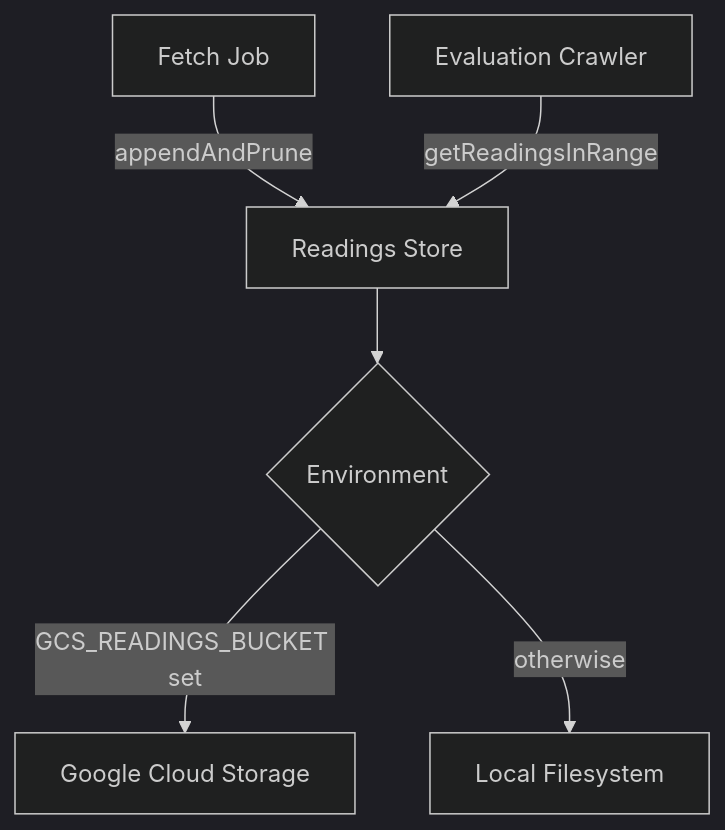
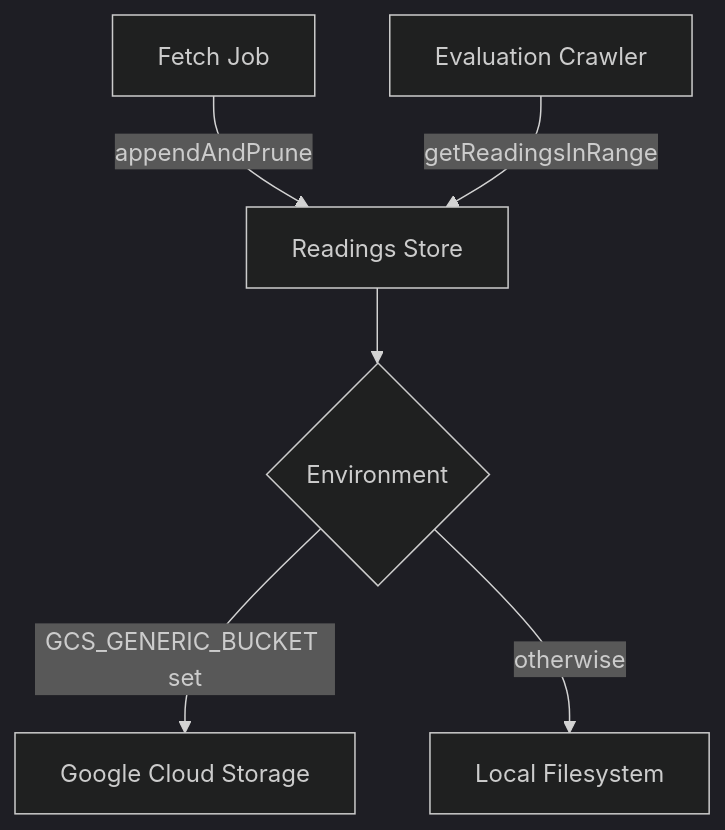
The diagram in docs/features/air-quality-storage.md (vbuch/oboapp), drawn with Mermaid (dark theme) before and after one commit. The commit also changed other lines of this file and 44 other files, not shown here.

````diff
--- a/docs/features/air-quality-storage.md
+++ b/docs/features/air-quality-storage.md
@@ -9,8 +9,8 @@
 ```mermaid
 flowchart TD
     A[Fetch Job] -->|appendAndPrune| B[Readings Store]
     C[Evaluation Crawler] -->|getReadingsInRange| B
     B --> D{Environment}
-    D -->|GCS_READINGS_BUCKET set| E[Google Cloud Storage]
+    D -->|GCS_GENERIC_BUCKET set| E[Google Cloud Storage]
     D -->|otherwise| F[Local Filesystem]
 ```
````
